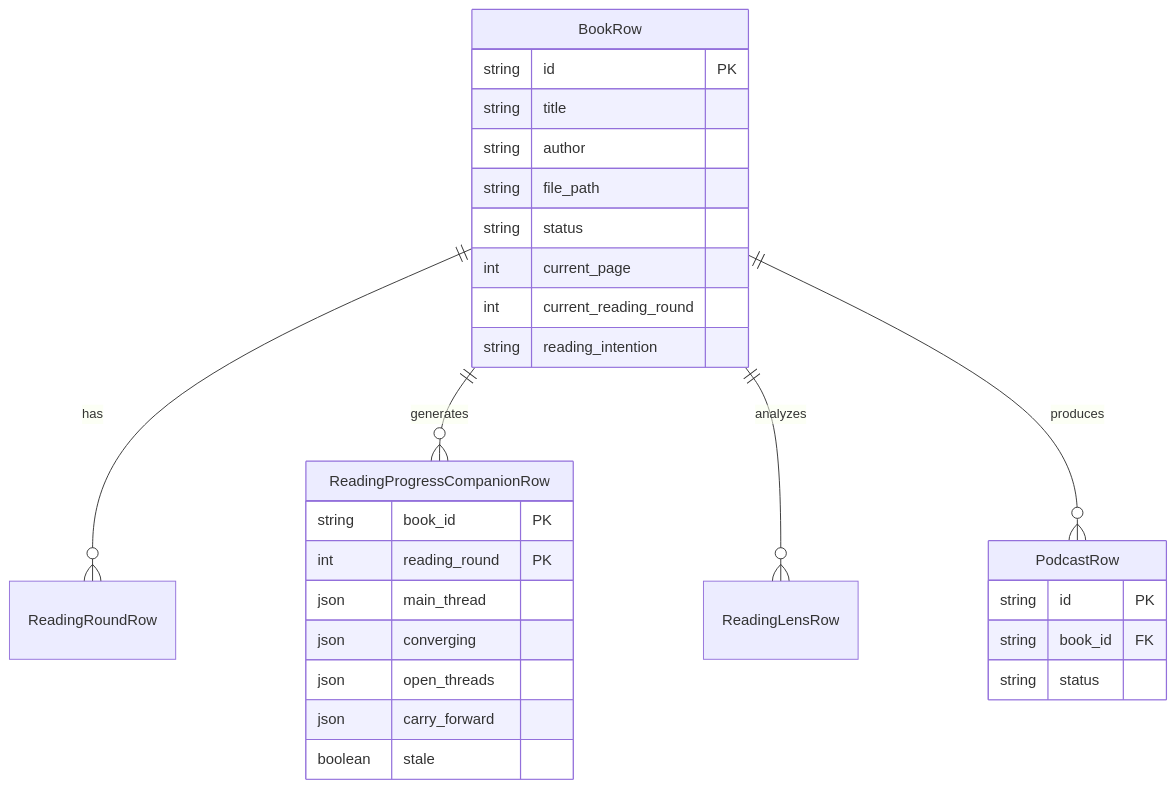
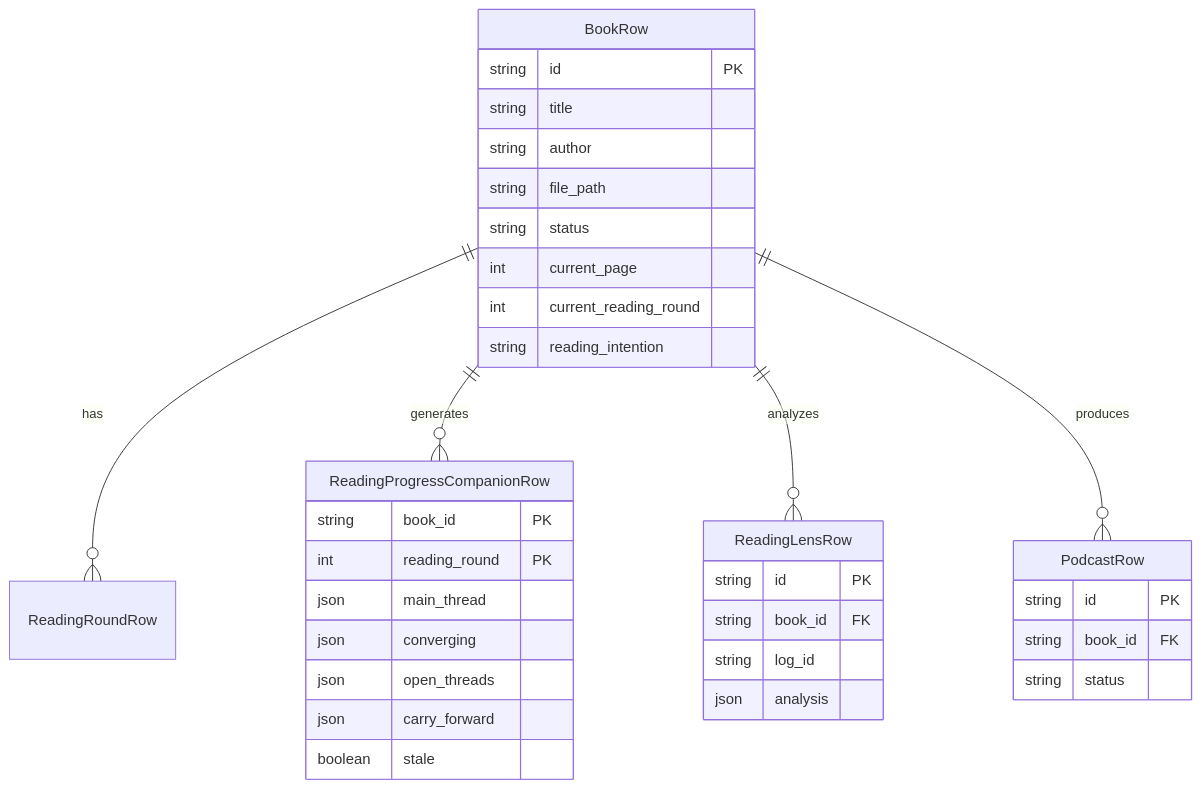
One commit to tuanhuytruong/chapter changed the diagram in openwiki/concepts/domain-model.md. Above: the diagram before and after it, drawn with Mermaid. The commit also changed other lines of this file and 30 other files, not shown here.

````diff
--- a/openwiki/concepts/domain-model.md
+++ b/openwiki/concepts/domain-model.md
@@ -25,31 +21,37 @@
 ```mermaid
 erDiagram
     BookRow ||--o{ ReadingRoundRow : has
     BookRow ||--o{ ReadingProgressCompanionRow : generates
     BookRow ||--o{ ReadingLensRow : analyzes
     BookRow ||--o{ PodcastRow : produces
     BookRow {
         string id PK
         string title
         string author
         string file_path
         string status
         int current_page
         int current_reading_round
         string reading_intention
     }
     ReadingProgressCompanionRow {
         string book_id PK
         int reading_round PK
         json main_thread
         json converging
         json open_threads
         json carry_forward
         boolean stale
     }
+    ReadingLensRow {
+        string id PK
+        string book_id FK
+        string log_id
+        json analysis
+    }
     PodcastRow {
         string id PK
         string book_id FK
         string status
     }
 ```
````
